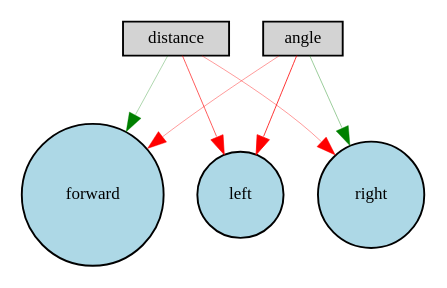
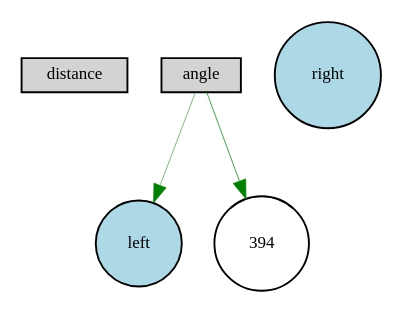
The diagram in Digraph.gv (anamariavv/Diplomski), drawn with Graphviz before and after one commit. The commit also changed 19 other files, not shown here.

```diff
--- a/Digraph.gv
+++ b/Digraph.gv
@@ -1,14 +1,10 @@
 digraph {
 	node [fontsize=9 height=0.2 shape=circle width=0.2]
 	distance [fillcolor=lightgray shape=box style=filled]
 	angle [fillcolor=lightgray shape=box style=filled]
-	forward [fillcolor=lightblue style=filled]
 	left [fillcolor=lightblue style=filled]
 	right [fillcolor=lightblue style=filled]
-	distance -> forward [color=green penwidth=0.1651096415543764 style=solid]
-	distance -> left [color=red penwidth=0.34155342154784646 style=solid]
-	distance -> right [color=red penwidth=0.20661512958799216 style=solid]
-	angle -> forward [color=red penwidth=0.20654663075260055 style=solid]
-	angle -> left [color=red penwidth=0.4175671052833694 style=solid]
-	angle -> right [color=green penwidth=0.20919585694669085 style=solid]
+	394 [fillcolor=white style=filled]
+	angle -> left [color=green penwidth=0.2688661161596849 style=solid]
+	angle -> 394 [color=green penwidth=0.39194573893931683 style=solid]
 }
```
